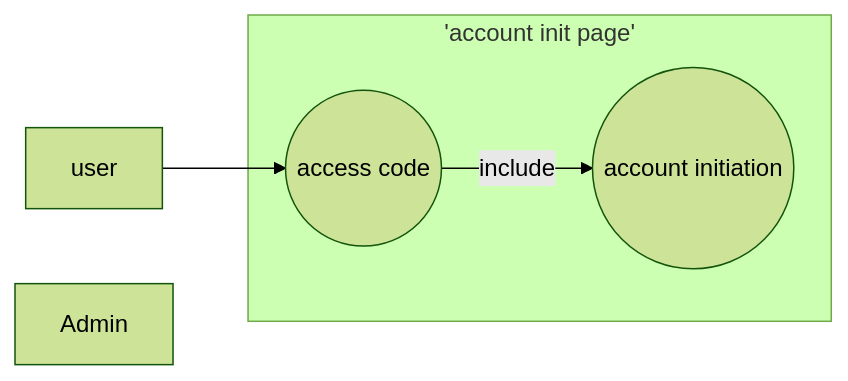
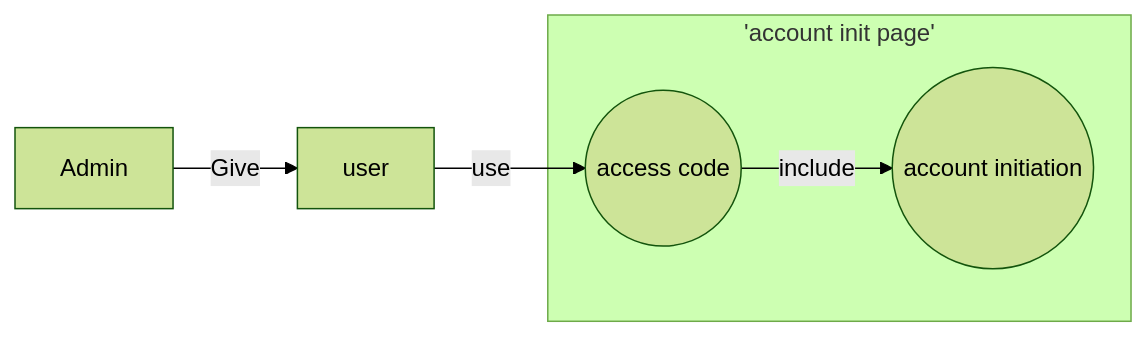
Before and after one commit to Omar1H1/initiative-app: the first of 4 diagrams in README.MD, drawn with Mermaid (forest theme).

Commit message:
Update: README

````diff
--- a/README.MD
+++ b/README.MD
@@ -1,14 +1,15 @@
 ```mermaid
 flowchart LR
     subgraph 'account init page'
     uc1((access code))
     uc2((account initiation))
 
     end
     user[user]
     admin[Admin]
 
 
-    user --> uc1
+    admin --Give--> user
+    user --use--> uc1
     uc1 -- include --> uc2
 ```
````
